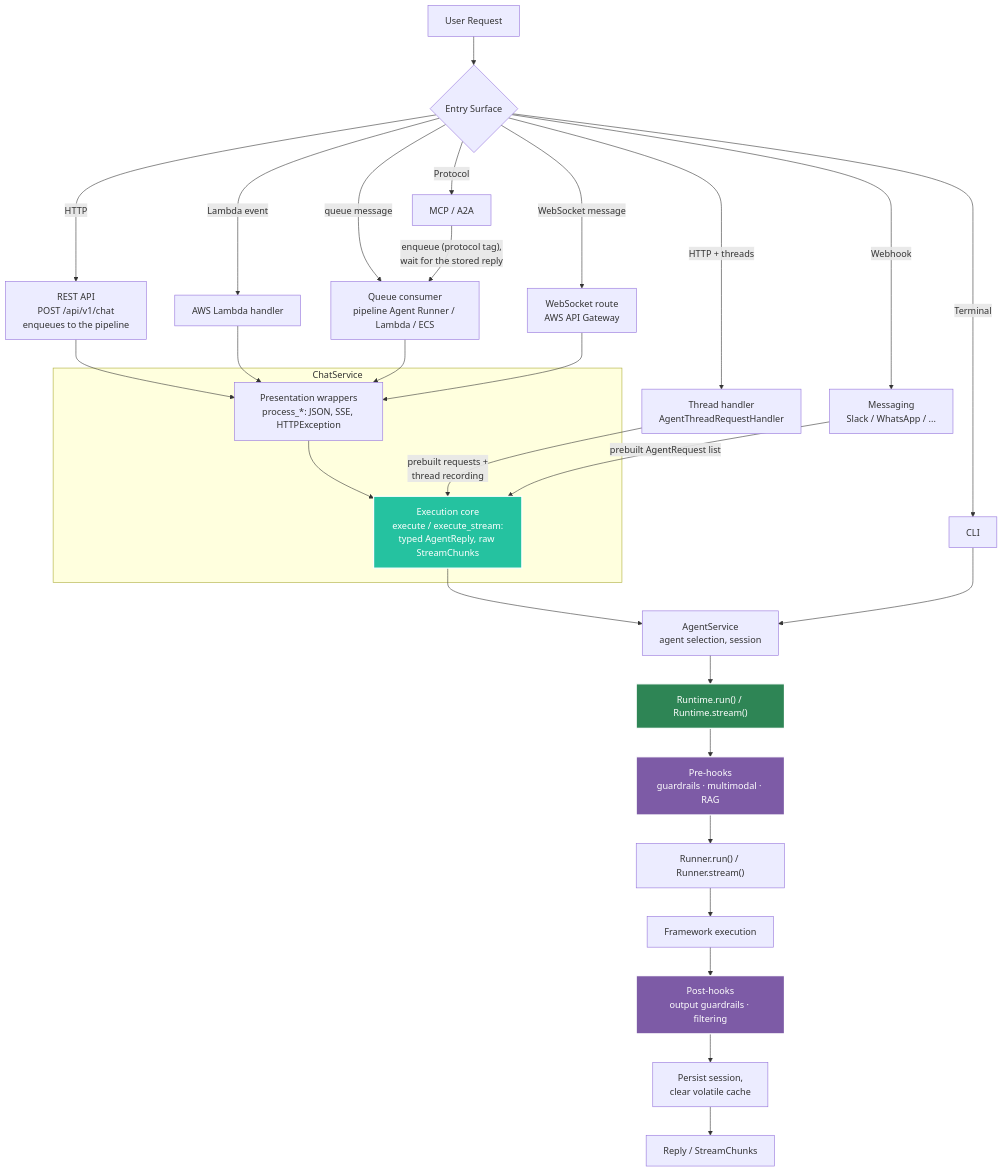
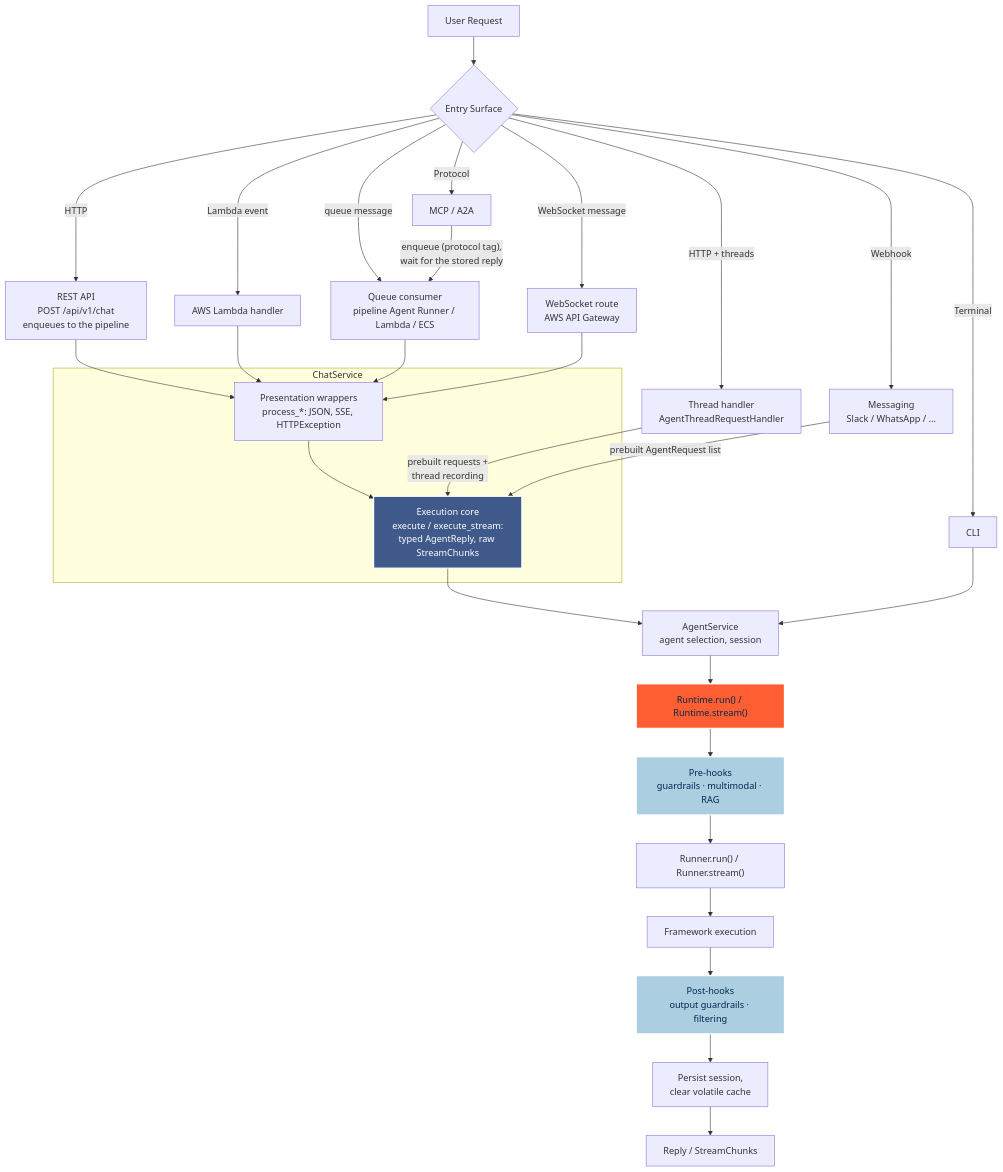
One commit to yaalalabs/agent-kernel changed the first of 8 diagrams in docs/docs/architecture/execution-flow.md. Above: the diagram before and after it, drawn with Mermaid. The commit also changed other lines of this file and 444 other files, not shown here.

````diff
--- a/docs/docs/architecture/execution-flow.md
+++ b/docs/docs/architecture/execution-flow.md
@@ -13,43 +13,43 @@
 ```mermaid
 graph TD
     A[User Request] --> B{Entry Surface}
     B -->|Terminal| C[CLI]
     B -->|HTTP| D[REST API<br/>POST /api/v1/chat<br/>enqueues to the pipeline]
     B -->|HTTP + threads| TH[Thread handler<br/>AgentThreadRequestHandler]
     B -->|Lambda event| E[AWS Lambda handler]
     B -->|queue message| Q[Queue consumer<br/>pipeline Agent Runner / Lambda / ECS]
     B -->|WebSocket message| F[WebSocket route<br/>AWS API Gateway]
     B -->|Protocol| P[MCP / A2A]
     B -->|Webhook| MSG[Messaging<br/>Slack / WhatsApp / ...]
 
     subgraph CS[ChatService]
         PRES["Presentation wrappers<br/>process_*: JSON, SSE, HTTPException"]
         CORE["Execution core<br/>execute / execute_stream:<br/>typed AgentReply, raw StreamChunks"]
     end
 
     D --> PRES
     E --> PRES
     Q --> PRES
     F --> PRES
     PRES --> CORE
     TH -->|"prebuilt requests +<br/>thread recording"| CORE
     MSG -->|"prebuilt AgentRequest list"| CORE
 
     AS["AgentService<br/>agent selection, session"]
     CORE --> AS
     C --> AS
     P -->|"enqueue (protocol tag),<br/>wait for the stored reply"| Q
 
     AS --> H["Runtime.run() / Runtime.stream()"]
     H --> I[Pre-hooks<br/>guardrails · multimodal · RAG]
     I --> J["Runner.run() / Runner.stream()"]
     J --> K[Framework execution]
     K --> L[Post-hooks<br/>output guardrails · filtering]
     L --> M[Persist session,<br/>clear volatile cache]
     M --> N[Reply / StreamChunks]
 
-    style H fill:#2e8555,stroke:#fff,stroke-width:2px,color:#fff
-    style I fill:#7d5ba6,stroke:#fff,stroke-width:2px,color:#fff
-    style L fill:#7d5ba6,stroke:#fff,stroke-width:2px,color:#fff
-    style CORE fill:#25c2a0,stroke:#fff,stroke-width:2px,color:#fff
+    style H fill:#FF5E32,stroke:#fff,stroke-width:2px,color:#02284F
+    style I fill:#ABCEE1,stroke:#fff,stroke-width:2px,color:#02284F
+    style L fill:#ABCEE1,stroke:#fff,stroke-width:2px,color:#02284F
+    style CORE fill:#3F598A,stroke:#fff,stroke-width:2px,color:#fff
 ```
````
